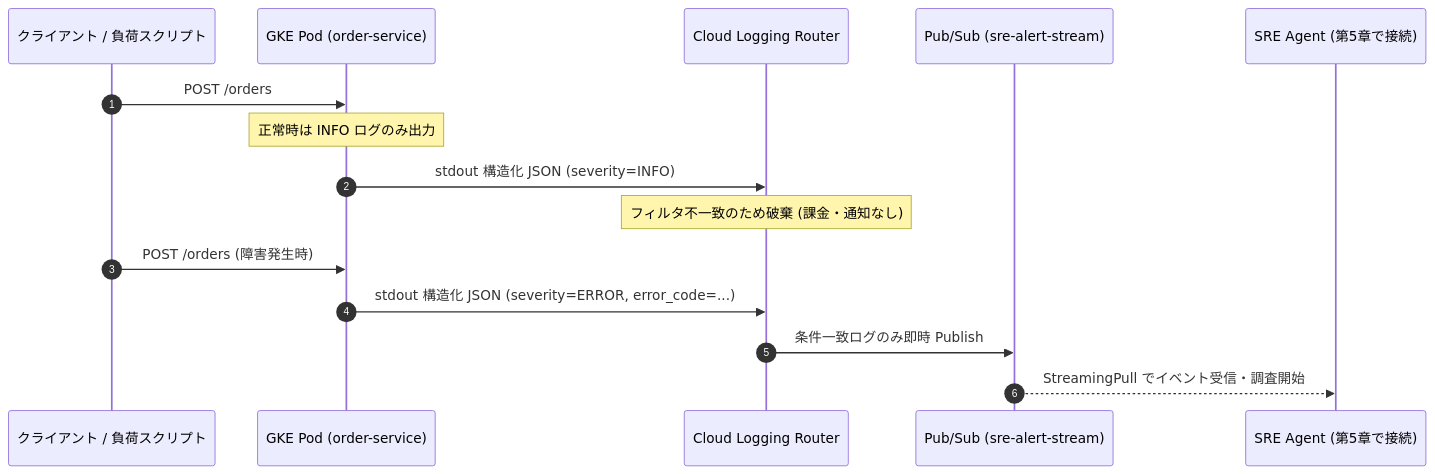
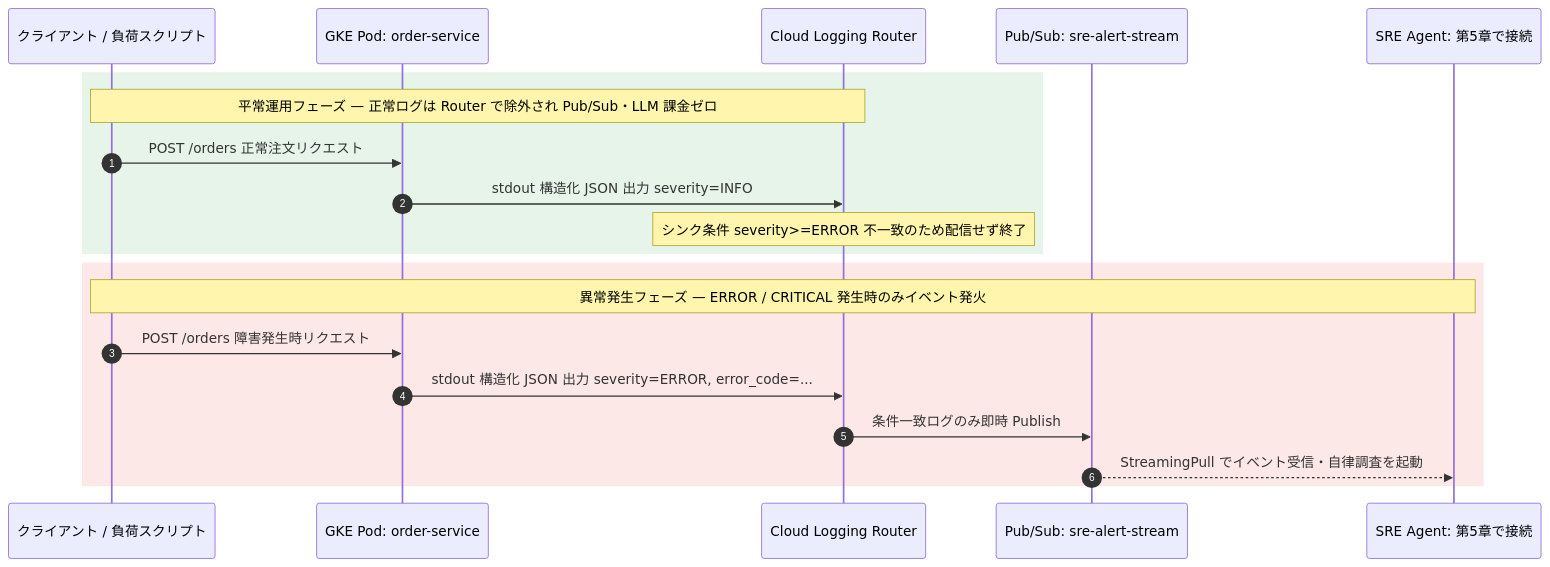
Before and after one commit to tyorikan/agentic-sre-handson: the second of 2 diagrams in docs/01-target-gke-and-alerting.md, drawn with Mermaid. The commit also changed other lines of this file and 26 other files, not shown here.

Commit message:
docs: プロダクトアイコン付き構成図・シーケンス図 PNG (全19図) の追加と折りたたみ Mermaid 定義の精緻化

````diff
--- a/docs/01-target-gke-and-alerting.md
+++ b/docs/01-target-gke-and-alerting.md
@@ -44,19 +61,24 @@
 ```mermaid
 sequenceDiagram
     autonumber
     participant Client as クライアント / 負荷スクリプト
-    participant Pod as GKE Pod (order-service)
+    participant Pod as GKE Pod: order-service
     participant Router as Cloud Logging Router
-    participant PS as Pub/Sub (sre-alert-stream)
-    participant Agent as SRE Agent (第5章で接続)
+    participant PS as Pub/Sub: sre-alert-stream
+    participant Agent as SRE Agent: 第5章で接続
 
-    Client->>Pod: POST /orders
-    Note over Pod: 正常時は INFO ログのみ出力
-    Pod->>Router: stdout 構造化 JSON (severity=INFO)
-    Note over Router: フィルタ不一致のため破棄 (課金・通知なし)
+    rect rgb(230, 244, 234)
+        Note over Client,Router: 平常運用フェーズ — 正常ログは Router で除外され Pub/Sub・LLM 課金ゼロ
+        Client->>Pod: POST /orders 正常注文リクエスト
+        Pod->>Router: stdout 構造化 JSON 出力 severity=INFO
+        Note over Router: シンク条件 severity>=ERROR 不一致のため配信せず終了
+    end
 
-    Client->>Pod: POST /orders (障害発生時)
-    Pod->>Router: stdout 構造化 JSON (severity=ERROR, error_code=...)
-    Router->>PS: 条件一致ログのみ即時 Publish
-    PS-->>Agent: StreamingPull でイベント受信・調査開始
+    rect rgb(252, 232, 230)
+        Note over Client,Agent: 異常発生フェーズ — ERROR / CRITICAL 発生時のみイベント発火
+        Client->>Pod: POST /orders 障害発生時リクエスト
+        Pod->>Router: stdout 構造化 JSON 出力 severity=ERROR, error_code=...
+        Router->>PS: 条件一致ログのみ即時 Publish
+        PS-->>Agent: StreamingPull でイベント受信・自律調査を起動
+    end
 ```
````
